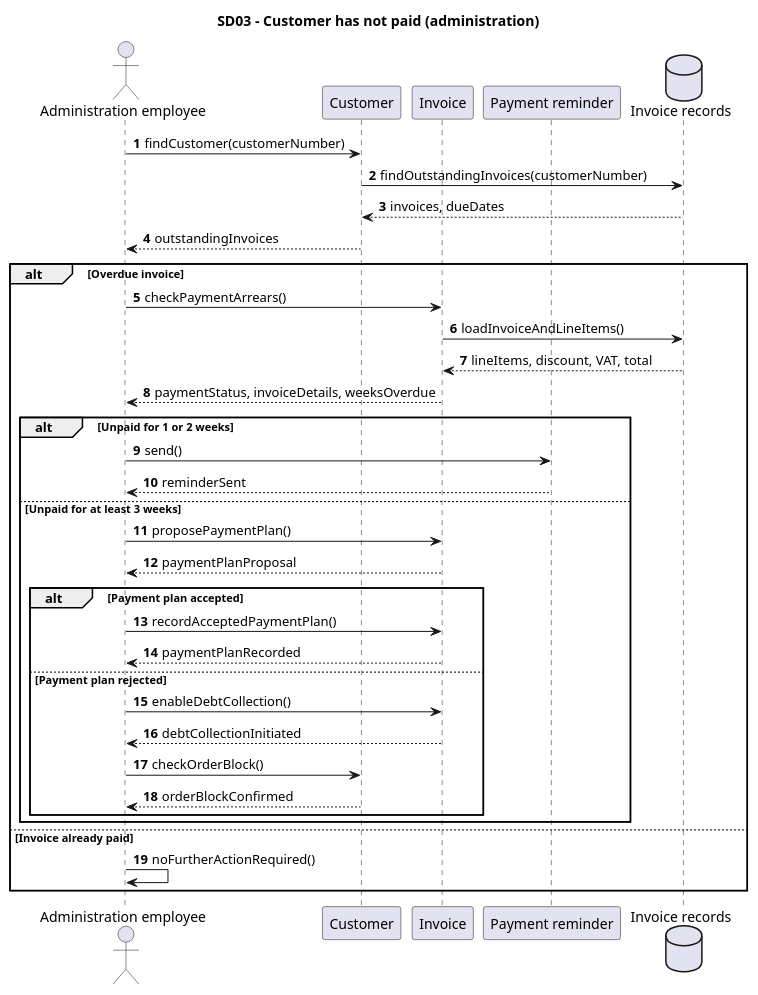
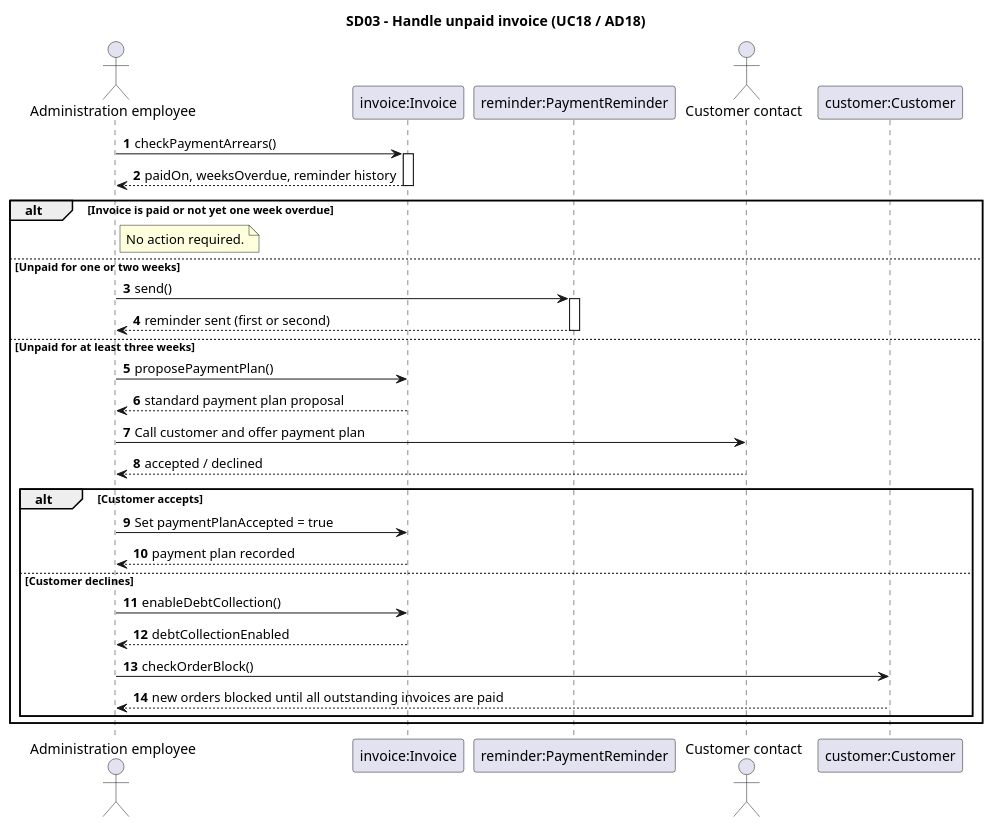
Before and after one commit to ViktorQorri/Project-Timaflu: the diagram in Documentation/Architecture/uml/src/sequence_diagrams/SD03_KlantHeeftNietBetaald.puml, drawn with PlantUML. The commit also changed 9 other files, not shown here.

Commit message:
Align sequence diagrams with UML domain model and use cases

```diff
--- a/Documentation/Architecture/uml/src/sequence_diagrams/SD03_KlantHeeftNietBetaald.puml
+++ b/Documentation/Architecture/uml/src/sequence_diagrams/SD03_KlantHeeftNietBetaald.puml
@@ -1,39 +1,35 @@
 @startuml
-title SD03 - Customer has not paid (administration)
+title SD03 - Handle unpaid invoice (UC18 / AD18)
 autonumber
-
-actor "Administration employee" as A
-participant "Customer" as K
-participant "Invoice" as F
-participant "Payment reminder" as H
-database "Invoice records" as DB
-
-A -> K: findCustomer(customerNumber)
-K -> DB: findOutstandingInvoices(customerNumber)
-DB --> K: invoices, dueDates
-K --> A: outstandingInvoices
-alt Overdue invoice
-  A -> F: checkPaymentArrears()
-  F -> DB: loadInvoiceAndLineItems()
-  DB --> F: lineItems, discount, VAT, total
-  F --> A: paymentStatus, invoiceDetails, weeksOverdue
-  alt Unpaid for 1 or 2 weeks
-    A -> H: send()
-    H --> A: reminderSent
-  else Unpaid for at least 3 weeks
-    A -> F: proposePaymentPlan()
-    F --> A: paymentPlanProposal
-    alt Payment plan accepted
-      A -> F: recordAcceptedPaymentPlan()
-      F --> A: paymentPlanRecorded
-    else Payment plan rejected
-      A -> F: enableDebtCollection()
-      F --> A: debtCollectionInitiated
-      A -> K: checkOrderBlock()
-      K --> A: orderBlockConfirmed
-    end
+actor "Administration employee" as Admin
+participant "invoice:Invoice" as Invoice
+participant "reminder:PaymentReminder" as Reminder
+actor "Customer contact" as Contact
+participant "customer:Customer" as Customer
+Admin -> Invoice: checkPaymentArrears()
+activate Invoice
+Invoice --> Admin: paidOn, weeksOverdue, reminder history
+deactivate Invoice
+alt Invoice is paid or not yet one week overdue
+  note right of Admin: No action required.
+else Unpaid for one or two weeks
+  Admin -> Reminder: send()
+  activate Reminder
+  Reminder --> Admin: reminder sent (first or second)
+  deactivate Reminder
+else Unpaid for at least three weeks
+  Admin -> Invoice: proposePaymentPlan()
+  Invoice --> Admin: standard payment plan proposal
+  Admin -> Contact: Call customer and offer payment plan
+  Contact --> Admin: accepted / declined
+  alt Customer accepts
+    Admin -> Invoice: Set paymentPlanAccepted = true
+    Invoice --> Admin: payment plan recorded
+  else Customer declines
+    Admin -> Invoice: enableDebtCollection()
+    Invoice --> Admin: debtCollectionEnabled
+    Admin -> Customer: checkOrderBlock()
+    Customer --> Admin: new orders blocked until all outstanding invoices are paid
   end
-else Invoice already paid
-  A -> A: noFurtherActionRequired()
 end
 @enduml
```
